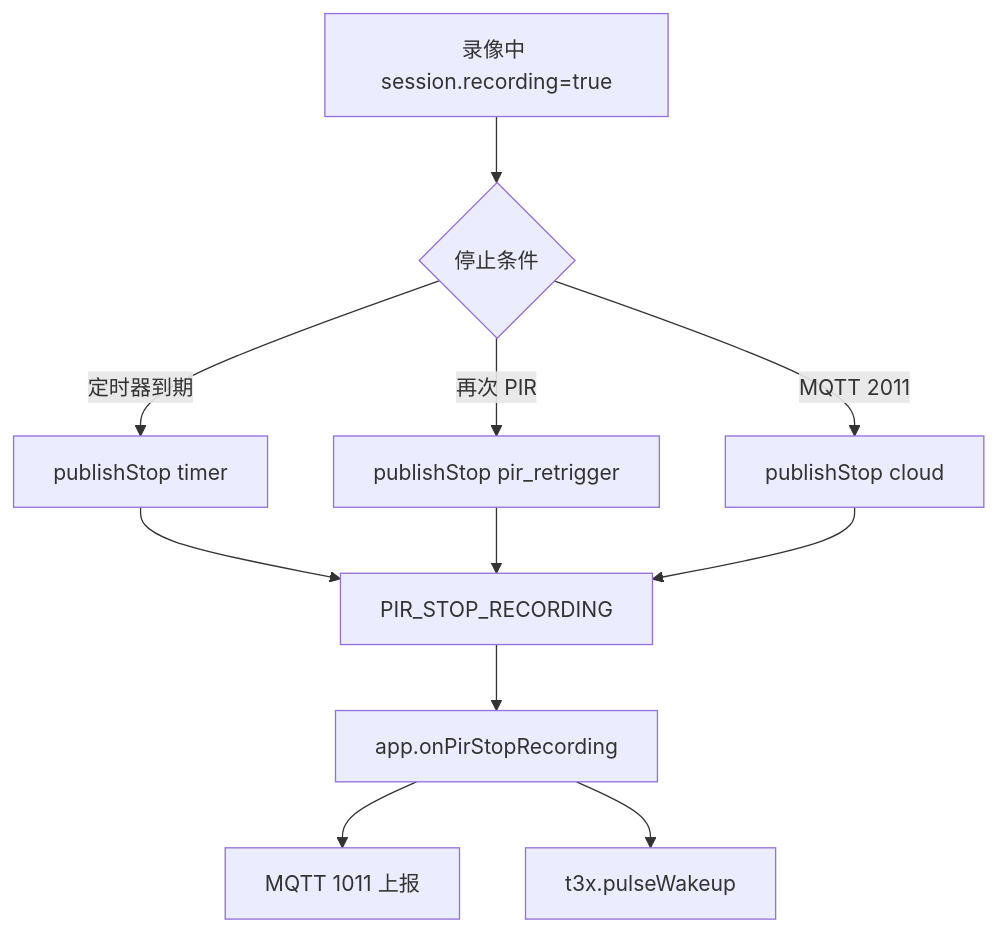
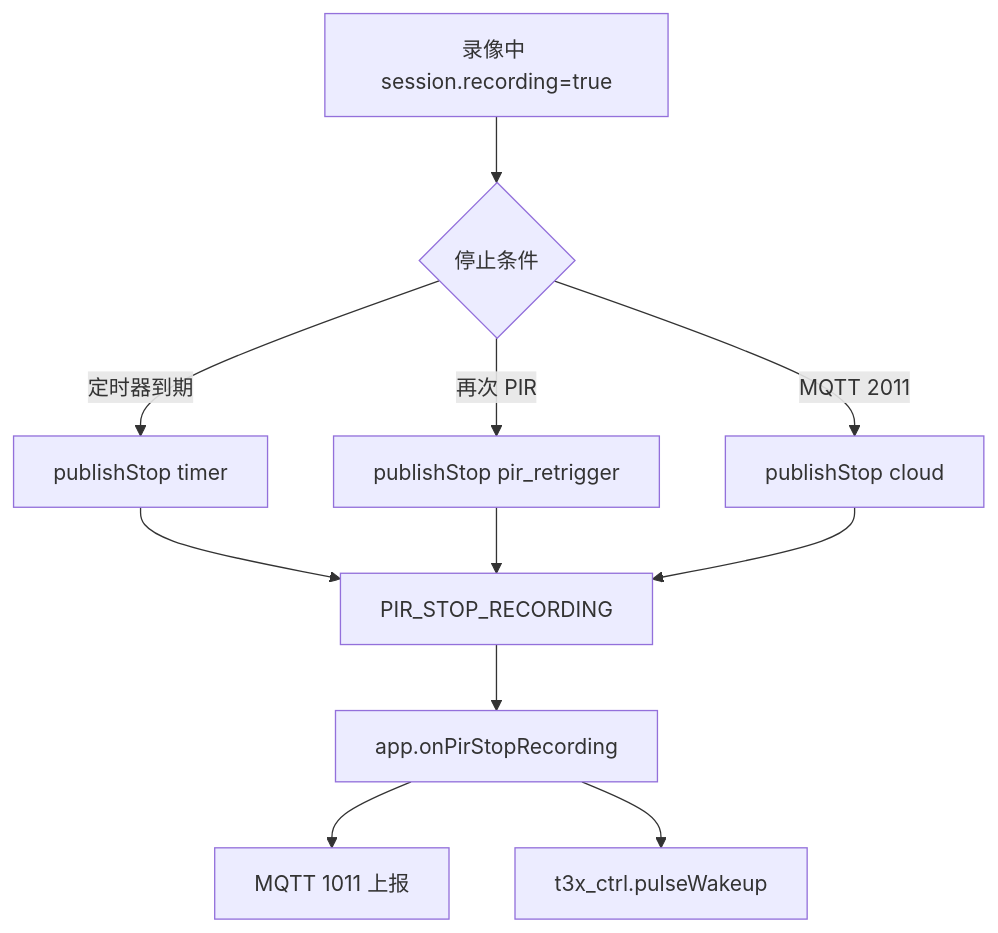
One commit to dzr1986/AIR780EHM changed the second of 2 diagrams in doc/PIR_PROTOCOL.md. Above: the diagram before and after it, drawn with Mermaid. The commit also changed other lines of this file and 40 other files, not shown here.

````diff
--- a/doc/PIR_PROTOCOL.md
+++ b/doc/PIR_PROTOCOL.md
@@ -96,13 +96,13 @@
 ```mermaid
 flowchart TD
     A[录像中 session.recording=true] --> B{停止条件}
     B -->|定时器到期| T[publishStop timer]
     B -->|再次 PIR| P[publishStop pir_retrigger]
     B -->|MQTT 2011| C[publishStop cloud]
     T --> E[PIR_STOP_RECORDING]
     P --> E
     C --> E
     E --> APP[app.onPirStopRecording]
     APP --> U[MQTT 1011 上报]
-    APP --> W[t3x.pulseWakeup]
+    APP --> W[t3x_ctrl.pulseWakeup]
 ```
````
